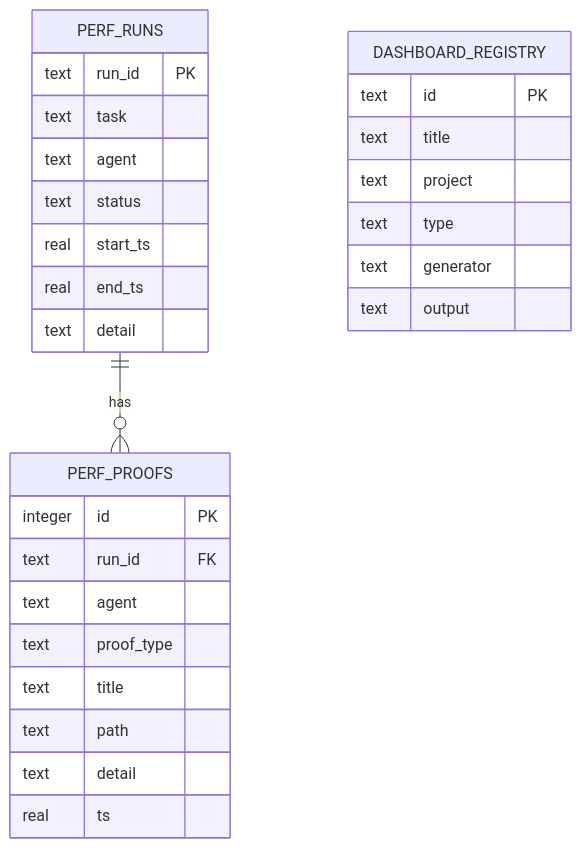
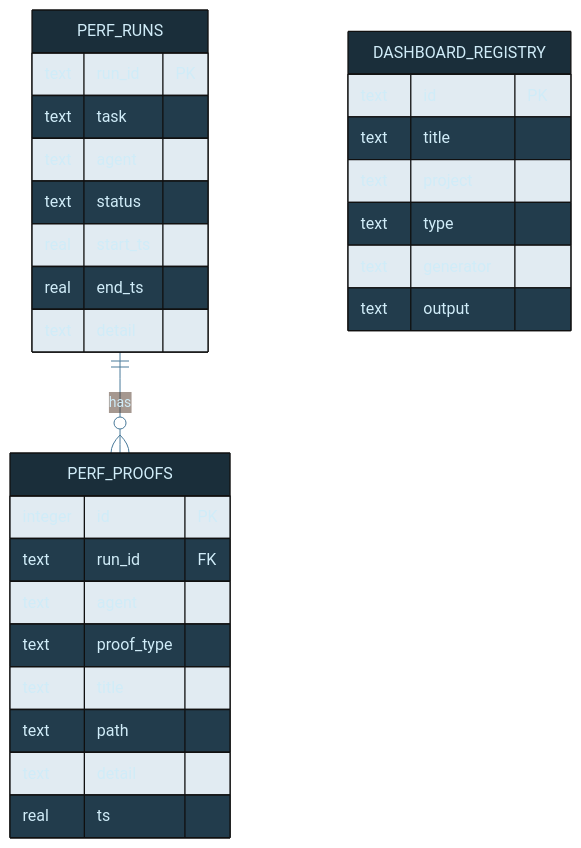
The diagram in diagrams/workspace-db-schema.mmd (tylerdrakemusic/-Workspace), drawn with Mermaid before and after one commit. The commit also changed 18 other files, not shown here.

Commit message:
[auto-commit] style(diagrams): apply STYLE_GUIDE.md palette + theme + legend

```diff
--- a/diagrams/workspace-db-schema.mmd
+++ b/diagrams/workspace-db-schema.mmd
@@ -1,29 +1,30 @@
+%%{init: {'theme': 'base', 'themeVariables': {'primaryColor': '#1a2e3a', 'primaryTextColor': '#d0ecf8', 'edgeLabelBackground': '#0f1318', 'lineColor': '#4a7a9a'}}}%%
 erDiagram
     PERF_RUNS ||--o{ PERF_PROOFS : has
     PERF_RUNS {
         text run_id PK
         text task
         text agent
         text status
         real start_ts
         real end_ts
         text detail
     }
     PERF_PROOFS {
         integer id PK
         text run_id FK
         text agent
         text proof_type
         text title
         text path
         text detail
         real ts
     }
     DASHBOARD_REGISTRY {
         text id PK
         text title
         text project
         text type
         text generator
         text output
     }
```
